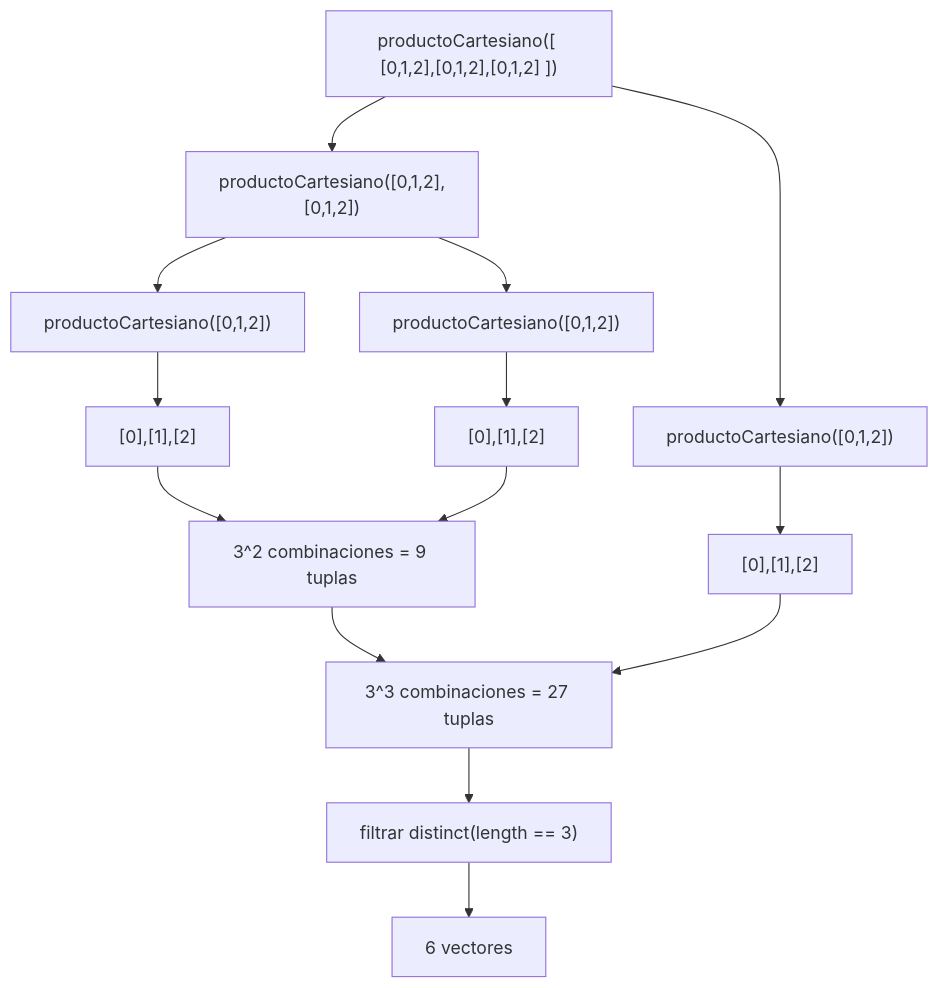
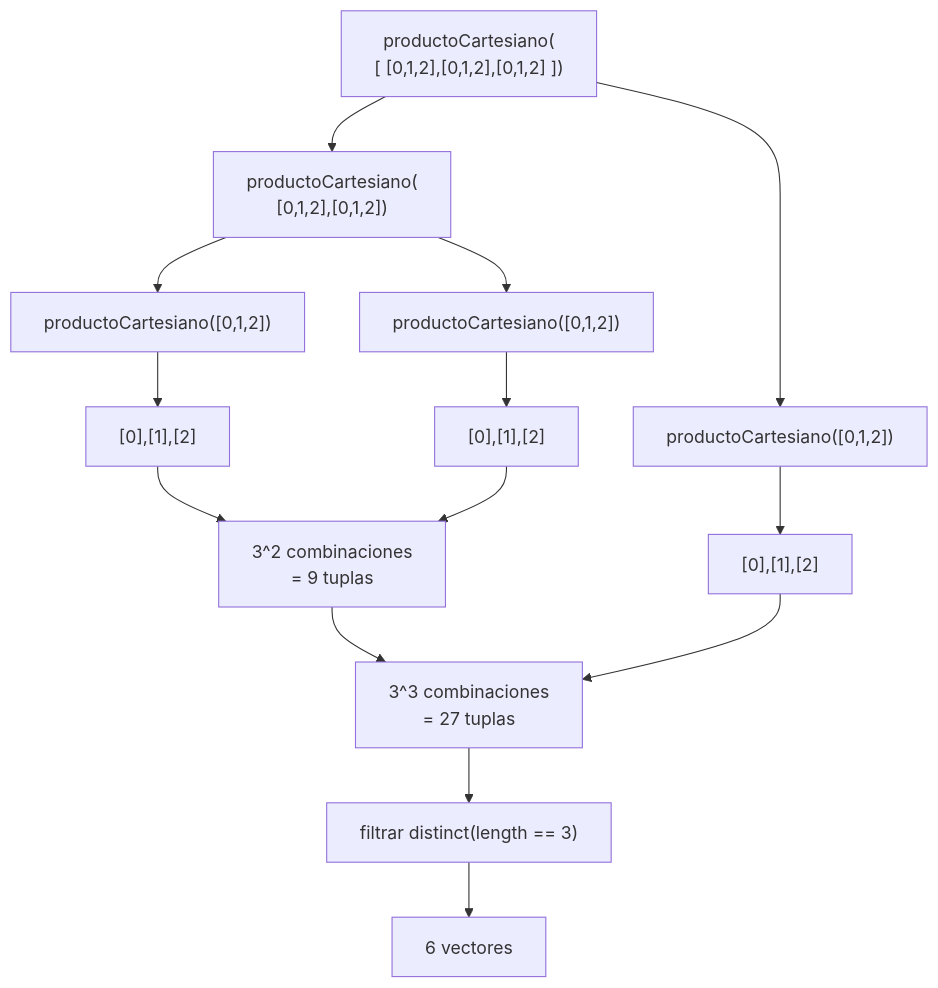
One commit to 2025-II-PFC-FLP/proyecto-final-pfc-2025-ii-master-final changed the fifth of 5 diagrams in docs/informeProceso.md. Above: the diagram before and after it, drawn with Mermaid.

Commit message:
ajustes diagrama proceso generarProgramacionesRiegoPar

`````diff
--- a/docs/informeProceso.md
+++ b/docs/informeProceso.md
@@ -489,24 +489,24 @@
 ````mermaid
 graph TD
   %% nodos
-  Root["productoCartesiano([ [0,1,2],[0,1,2],[0,1,2] ])"]
+  Root["productoCartesiano(<br/>[ [0,1,2],[0,1,2],[0,1,2] ])"]
   
   Root --> IZQ["productoCartesiano([0,1,2])"]
-  Root --> DER["productoCartesiano([0,1,2],[0,1,2])"]
+  Root --> DER["productoCartesiano(<br/>[0,1,2],[0,1,2])"]
 
   DER --> DER1["productoCartesiano([0,1,2])"]
   DER --> DER2["productoCartesiano([0,1,2])"]
 
   IZQ --> BaseIZQ["[0],[1],[2]"]
   DER1 --> BaseDER1["[0],[1],[2]"]
   DER2 --> BaseDER2["[0],[1],[2]"]
 
-  BaseDER1 --> CombDER["3^2 combinaciones = 9 tuplas"]
+  BaseDER1 --> CombDER["3^2 combinaciones <br/> = 9 tuplas"]
   BaseDER2 --> CombDER
 
-  CombDER --> CombROOT["3^3 combinaciones = 27 tuplas"]
+  CombDER --> CombROOT["3^3 combinaciones <br/> = 27 tuplas"]
   BaseIZQ --> CombROOT
   %% resultado
   CombROOT --> Filter["filtrar distinct(length == 3)"]
   Filter --> Res["6 vectores"]
 ````
`````
